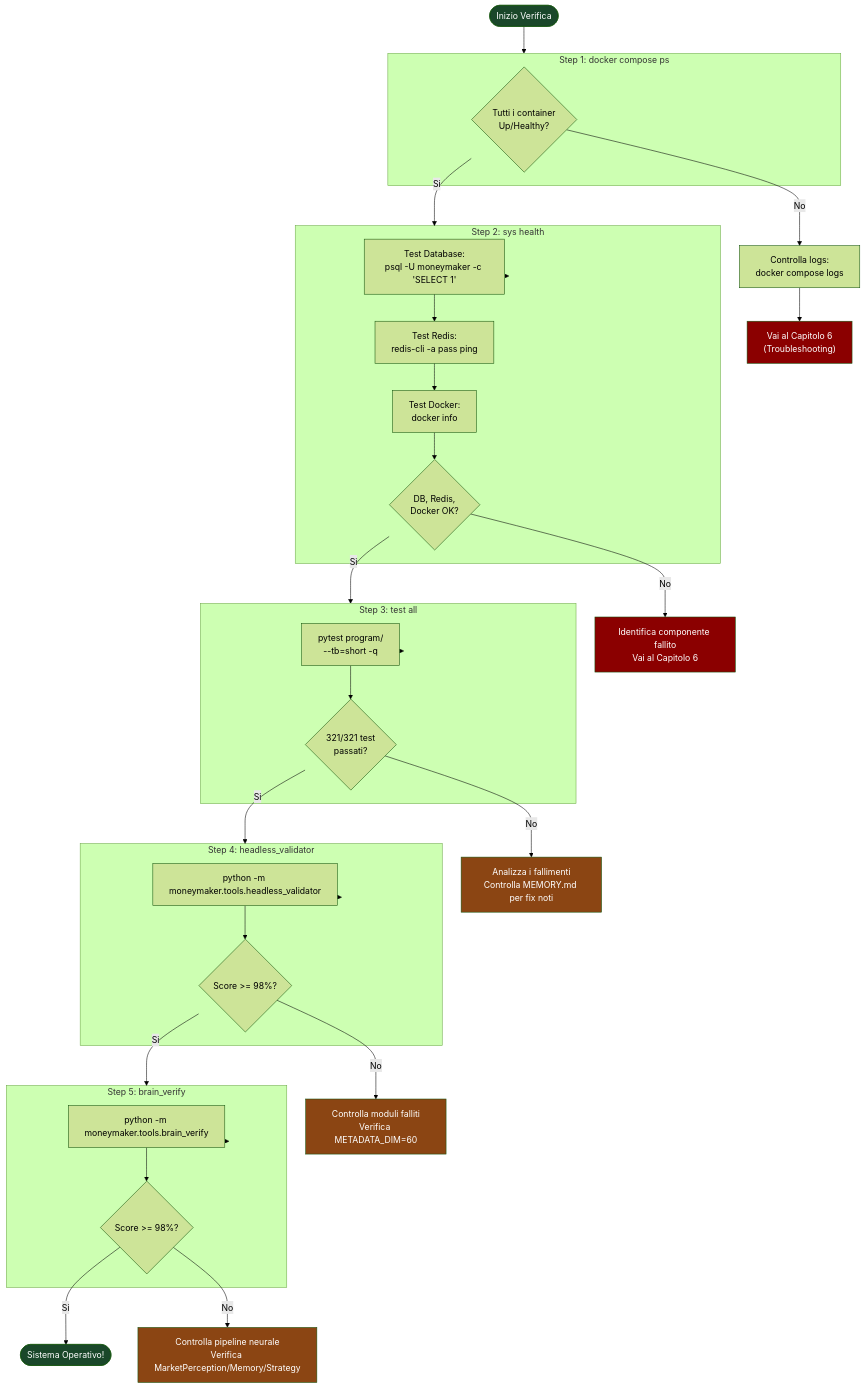
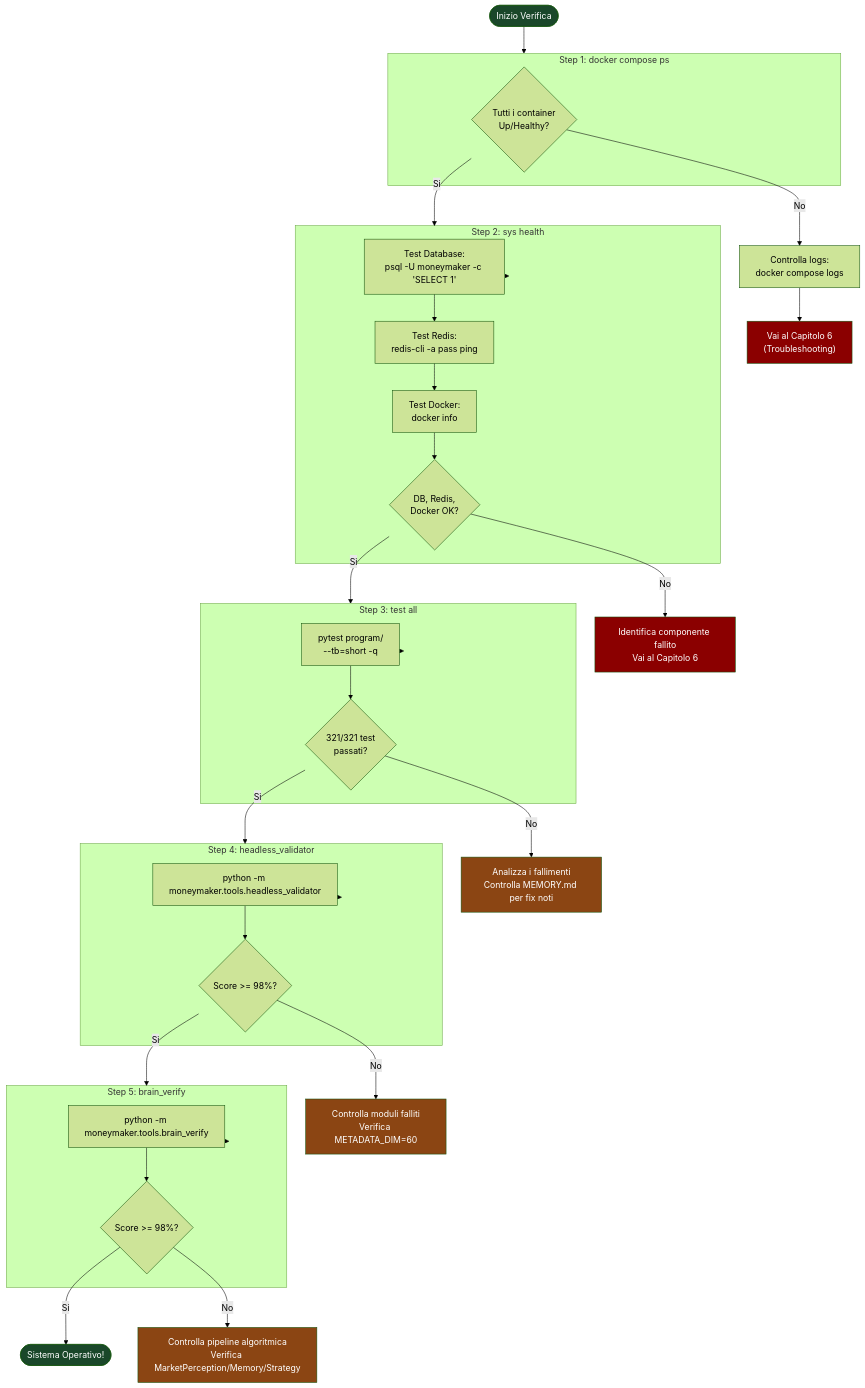
The fifth of 6 diagrams in docs/architecture/sistema-italiano/02_INSTALLAZIONE_E_AVVIO.md (renanaugustomacena-ux/invest-smart), drawn with Mermaid (forest theme) before and after one commit. The commit also changed other lines of this file, not shown here.

````diff
--- a/docs/architecture/sistema-italiano/02_INSTALLAZIONE_E_AVVIO.md
+++ b/docs/architecture/sistema-italiano/02_INSTALLAZIONE_E_AVVIO.md
@@ -582,58 +567,58 @@
 ```mermaid
 flowchart TB
     START(["Inizio Verifica"]) --> S1
 
     subgraph S1["Step 1: docker compose ps"]
         S1Q{"Tutti i container\nUp/Healthy?"}
     end
 
     S1Q -->|Si| S2
     S1Q -->|No| S1F["Controlla logs:\ndocker compose logs <servizio>"]
     S1F --> S1FIX["Vai al Capitolo 6\n(Troubleshooting)"]
 
     subgraph S2["Step 2: sys health"]
         S2A["Test Database:\npsql -U moneymaker -c 'SELECT 1'"]
         S2B["Test Redis:\nredis-cli -a pass ping"]
         S2C["Test Docker:\ndocker info"]
         S2Q{"DB, Redis,\nDocker OK?"}
     end
 
     S2 --> S2A --> S2B --> S2C --> S2Q
     S2Q -->|Si| S3
     S2Q -->|No| S2F["Identifica componente fallito\nVai al Capitolo 6"]
 
     subgraph S3["Step 3: test all"]
         S3R["pytest program/\n--tb=short -q"]
         S3Q{"321/321 test\npassati?"}
     end
 
     S3 --> S3R --> S3Q
     S3Q -->|Si| S4
     S3Q -->|No| S3F["Analizza i fallimenti\nControlla MEMORY.md per fix noti"]
 
     subgraph S4["Step 4: headless_validator"]
         S4R["python -m moneymaker.tools.headless_validator"]
         S4Q{"Score >= 98%?"}
     end
 
     S4 --> S4R --> S4Q
     S4Q -->|Si| S5
     S4Q -->|No| S4F["Controlla moduli falliti\nVerifica METADATA_DIM=60"]
 
     subgraph S5["Step 5: brain_verify"]
         S5R["python -m moneymaker.tools.brain_verify"]
         S5Q{"Score >= 98%?"}
     end
 
     S5 --> S5R --> S5Q
     S5Q -->|Si| DONE(["Sistema Operativo!"])
-    S5Q -->|No| S5F["Controlla pipeline neurale\nVerifica MarketPerception/Memory/Strategy"]
+    S5Q -->|No| S5F["Controlla pipeline algoritmica\nVerifica MarketPerception/Memory/Strategy"]
 
     style START fill:#1a472a,color:#fff
     style DONE fill:#1a472a,color:#fff
     style S1FIX fill:#8b0000,color:#fff
     style S2F fill:#8b0000,color:#fff
     style S3F fill:#8b4513,color:#fff
     style S4F fill:#8b4513,color:#fff
     style S5F fill:#8b4513,color:#fff
 ```
````
